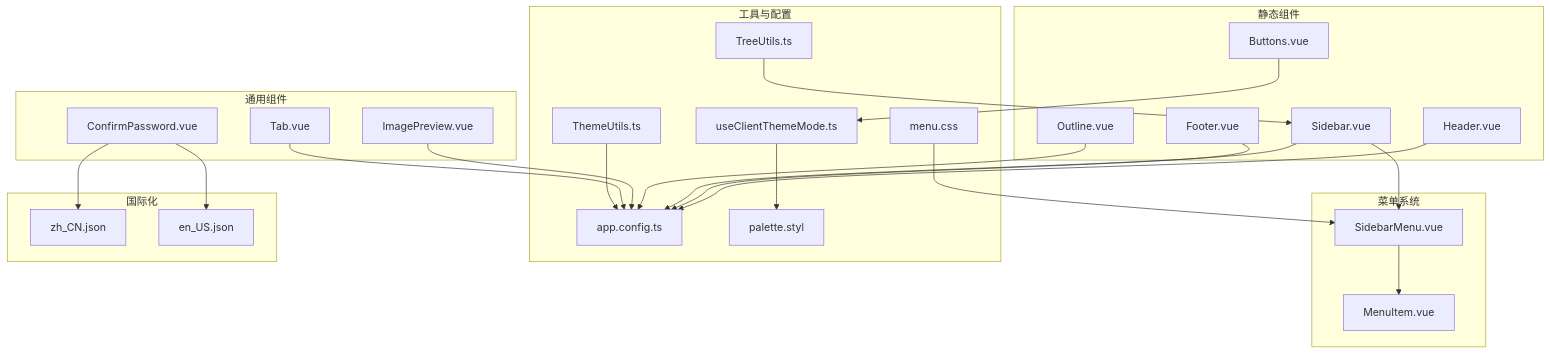
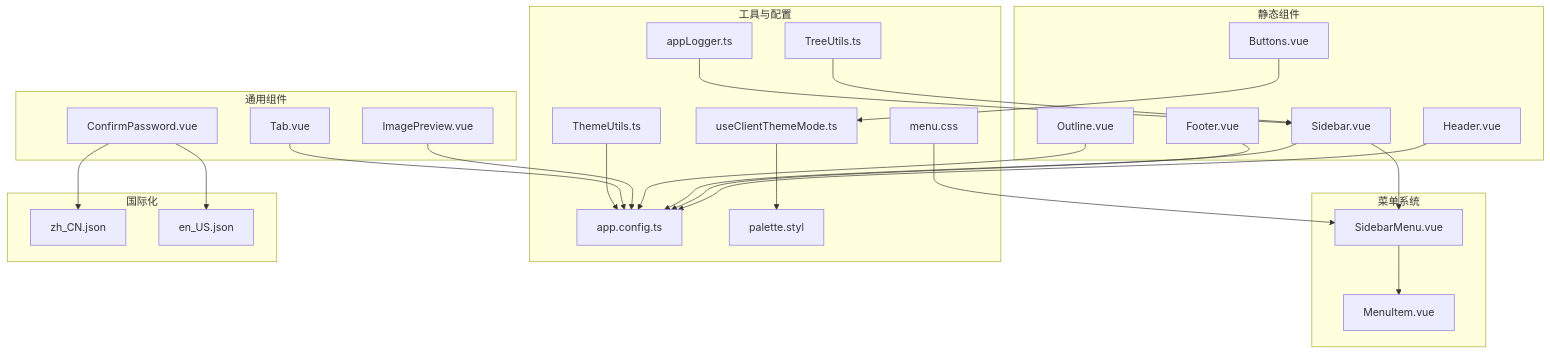
Before and after one commit to terwer/siyuan-plugin-blog: the first of 11 diagrams in .qoder/repowiki/zh/content/核心功能/UI 组件系统/UI 组件系统.md, drawn with Mermaid. The commit also changed other lines of this file and 2 other files, not shown here.

````diff
--- a/.qoder/repowiki/zh/content/核心功能/UI 组件系统/UI 组件系统.md
+++ b/.qoder/repowiki/zh/content/核心功能/UI 组件系统/UI 组件系统.md
@@ -64,46 +66,48 @@
 ```mermaid
 graph TB
 subgraph "静态组件"
 H["Header.vue"]
 F["Footer.vue"]
 B["Buttons.vue"]
 S["Sidebar.vue"]
 O["Outline.vue"]
 end
 subgraph "菜单系统"
 SM["SidebarMenu.vue"]
 MI["MenuItem.vue"]
 end
 subgraph "通用组件"
 CP["ConfirmPassword.vue"]
 IP["ImagePreview.vue"]
 T["Tab.vue"]
 end
 subgraph "工具与配置"
 AC["app.config.ts"]
 TM["useClientThemeMode.ts"]
 TU["ThemeUtils.ts"]
 TR["TreeUtils.ts"]
 PAL["palette.styl"]
 MCSS["menu.css"]
+AL["appLogger.ts"]
 end
 subgraph "国际化"
 ZH["zh_CN.json"]
 EN["en_US.json"]
 end
 H --> AC
 F --> AC
 B --> TM
 S --> AC
 S --> SM
 SM --> MI
 O --> AC
 CP --> ZH
 CP --> EN
 IP --> AC
 T --> AC
 TM --> PAL
 TU --> AC
 TR --> S
 MCSS --> SM
+AL --> S
 ```
````
